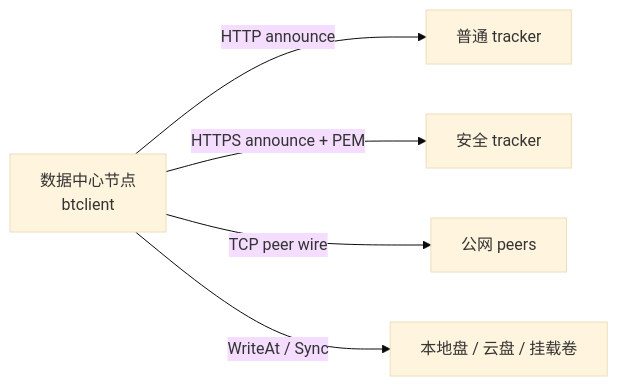
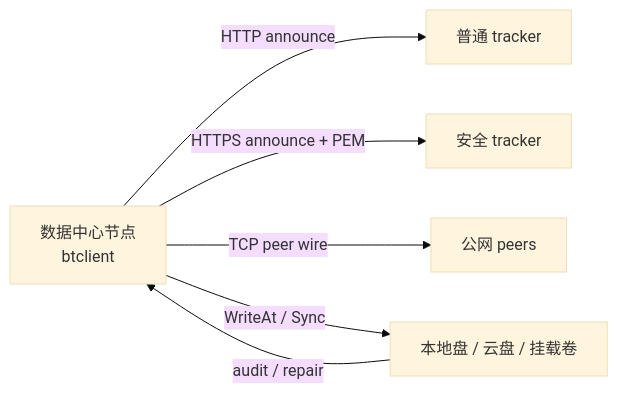
Before and after one commit to SimonMing47/BitTorrent: the seventh of 7 diagrams in docs/architecture-views.md, drawn with Mermaid (base theme). The commit also changed other lines of this file and 8 other files, not shown here.

Commit message:
Strengthen datacenter reliability flow

````diff
--- a/docs/architecture-views.md
+++ b/docs/architecture-views.md
@@ -169,7 +200,8 @@
 ```mermaid
 flowchart LR
     DC["数据中心节点<br/>btclient"] -->|"HTTP announce"| T1["普通 tracker"]
     DC -->|"HTTPS announce + PEM"| T2["安全 tracker"]
     DC -->|"TCP peer wire"| P["公网 peers"]
     DC -->|"WriteAt / Sync"| S["本地盘 / 云盘 / 挂载卷"]
+    S -->|"audit / repair"| DC
 ```
````
